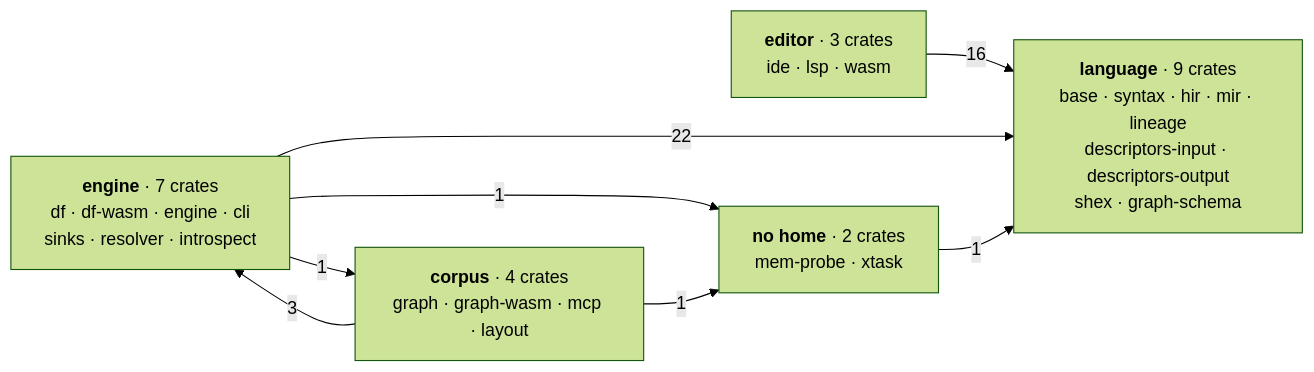
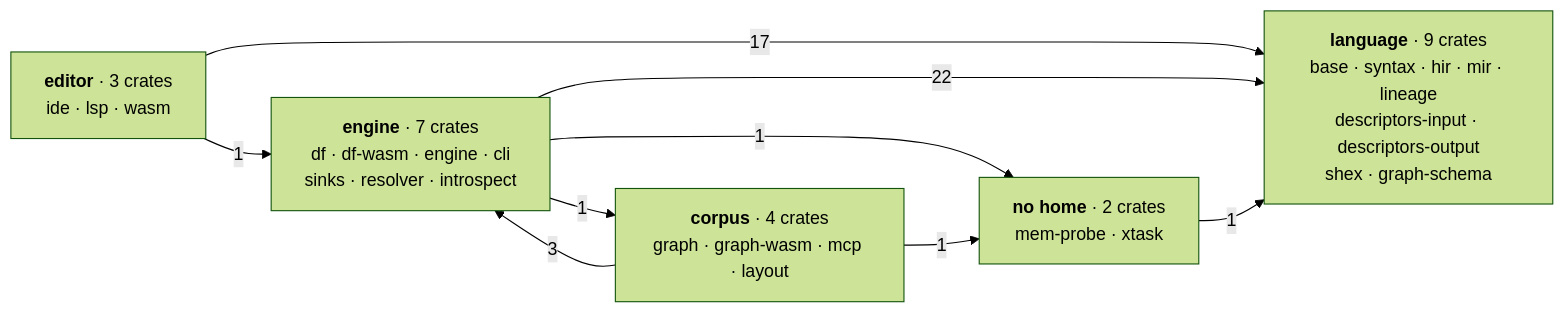
The first of 4 diagrams in apps/docs/content/docs/(root)/architecture.mdx (Kanzo-Tech/fossil-lang), drawn with Mermaid (forest theme) before and after one commit. The commit also changed other lines of this file and 7 other files, not shown here.

````diff
--- a/apps/docs/content/docs/(root)/architecture.mdx
+++ b/apps/docs/content/docs/(root)/architecture.mdx
@@ -14,16 +14,17 @@
 ```mermaid
 graph LR
   L["<b>language</b> · 9 crates<br/>base · syntax · hir · mir · lineage<br/>descriptors-input · descriptors-output<br/>shex · graph-schema"]
   E["<b>editor</b> · 3 crates<br/>ide · lsp · wasm"]
   M["<b>engine</b> · 7 crates<br/>df · df-wasm · engine · cli<br/>sinks · resolver · introspect"]
   C["<b>corpus</b> · 4 crates<br/>graph · graph-wasm · mcp · layout"]
   X["<b>no home</b> · 2 crates<br/>mem-probe · xtask"]
 
-  E -->|16| L
+  E -->|17| L
+  E -->|1| M
   M -->|22| L
   M -->|1| C
   C -->|3| M
   X -->|1| L
   M -->|1| X
   C -->|1| X
 ```
````
